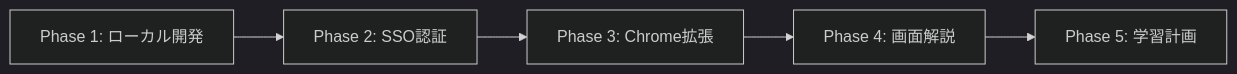
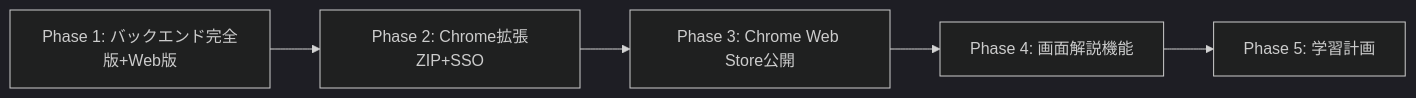
One commit to ttokunaga-ja/eduanimaR changed the diagram in eduanimaRHandbook/04_product/ROADMAP.md. Above: the diagram before and after it, drawn with Mermaid (dark theme). The commit also changed other lines of this file and 11 other files, not shown here.

````diff
--- a/eduanimaRHandbook/04_product/ROADMAP.md
+++ b/eduanimaRHandbook/04_product/ROADMAP.md
@@ -117,7 +127,7 @@
 ```mermaid
 graph LR
-  P1[Phase 1: ローカル開発] --> P2[Phase 2: SSO認証]
-  P2 --> P3[Phase 3: Chrome拡張]
-  P3 --> P4[Phase 4: 画面解説]
+  P1[Phase 1: バックエンド完全版+Web版] --> P2[Phase 2: Chrome拡張ZIP+SSO]
+  P2 --> P3[Phase 3: Chrome Web Store公開]
+  P3 --> P4[Phase 4: 画面解説機能]
   P4 --> P5[Phase 5: 学習計画]
 ```
````
